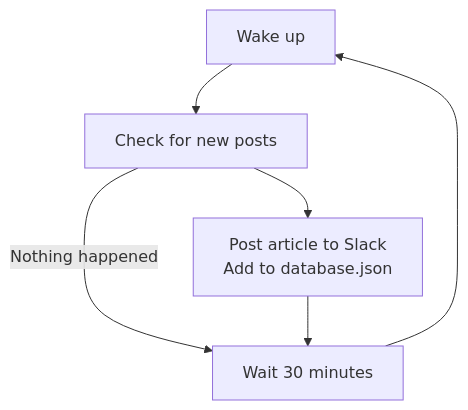
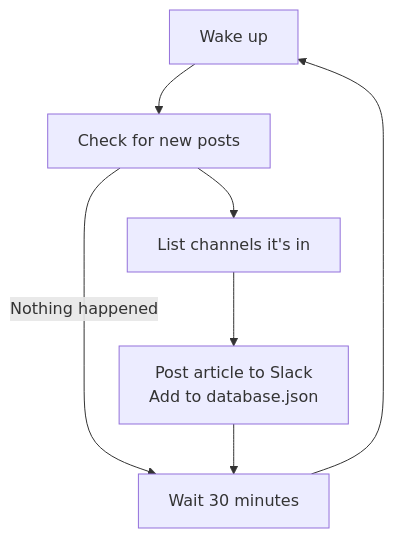
One commit to MathiasDPX/slacker-news-rss changed the diagram in README.md. Above: the diagram before and after it, drawn with Mermaid. The commit also changed other lines of this file, not shown here.

````diff
--- a/README.md
+++ b/README.md
@@ -8,12 +8,14 @@
 ```mermaid
 flowchart TB
     n1["Wake up"] --> n2["Check for new posts"]
     n2 -- Nothing happened --> n3["Wait 30 minutes"]
     n3 --> n1
-    n2 --> n4["Post article to Slack<br>Add to database.json"]
-    n4 --> n3
+    n4["Post article to Slack<br>Add to database.json"] --> n3
+    n2 --> n5@{ label: "List channels it's in" }
+    n5 --> n4
 
     n1@{ shape: rect}
     n3@{ shape: rect}
     n4@{ shape: rect}
+    n5@{ shape: rect}
 ```
````
